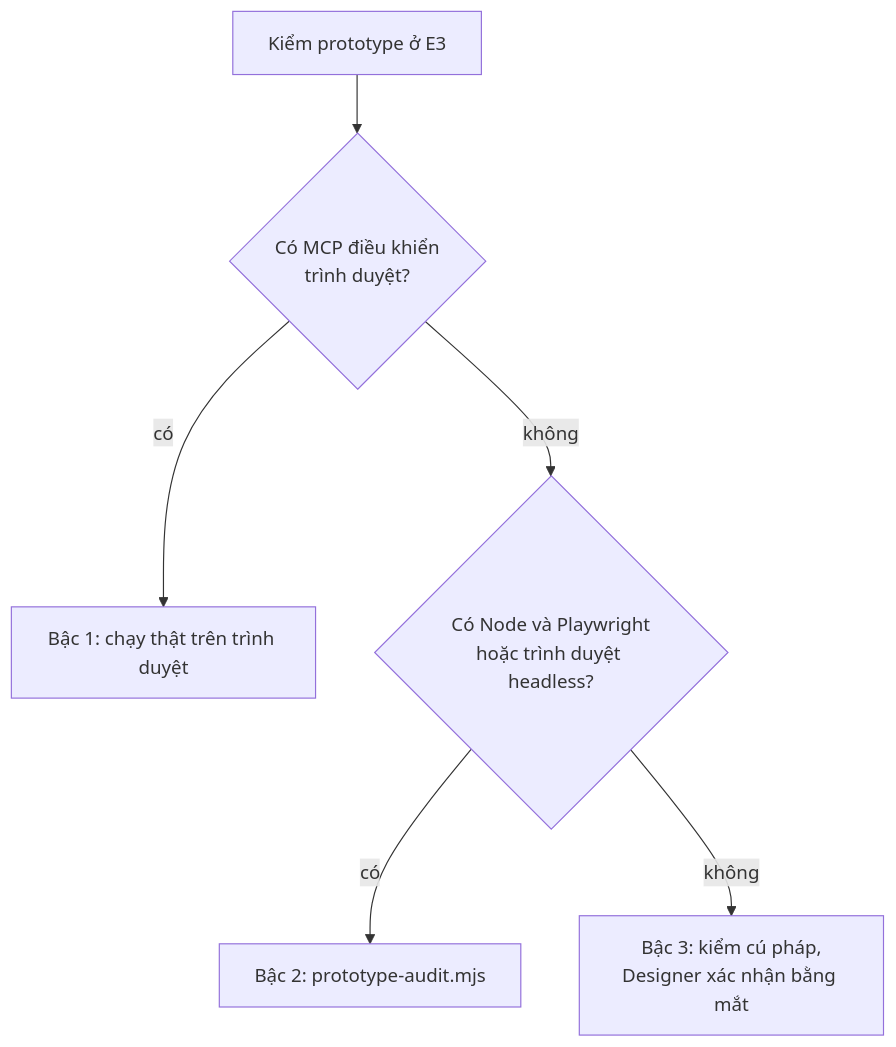
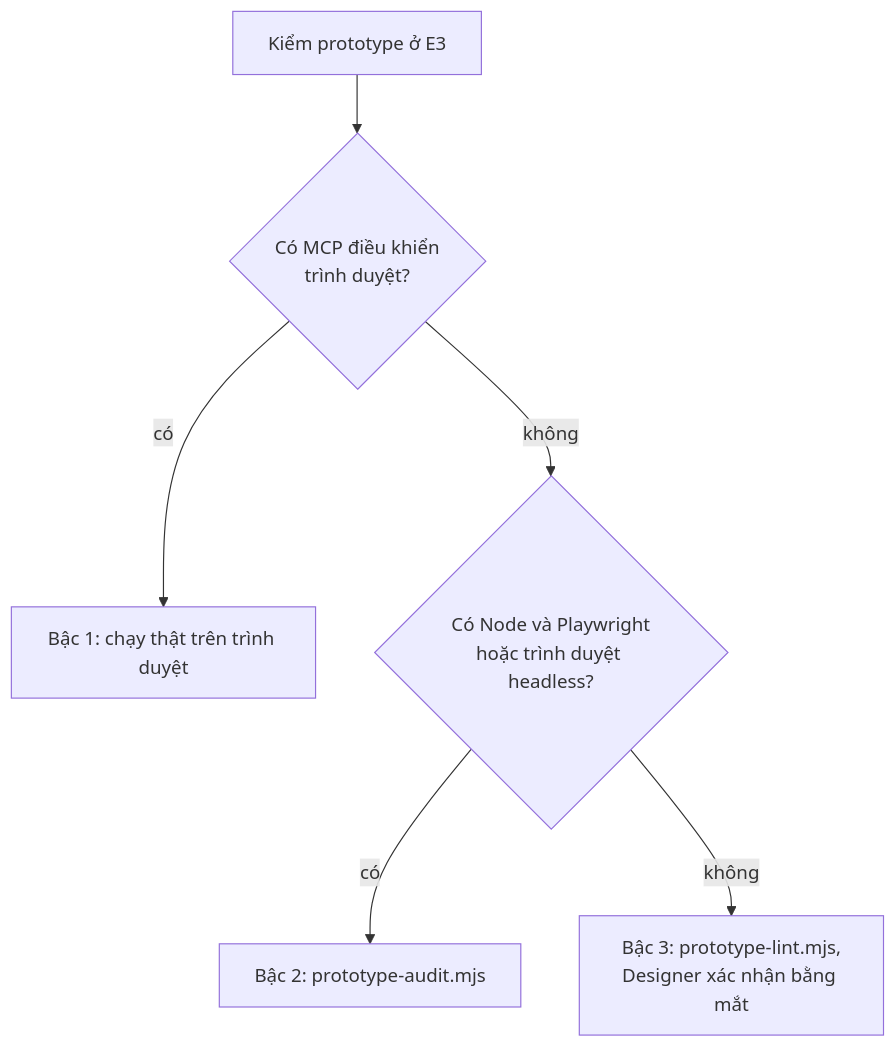
The seventh of 10 diagrams in README.md (buidhui/uiux_workflow), drawn with Mermaid before and after one commit. The commit also changed other lines of this file and 10 other files, not shown here.

First line of the commit message:
Chuẩn file prototype và script prototype-lint.mjs

````diff
--- a/README.md
+++ b/README.md
@@ -327,8 +327,8 @@
 ```mermaid
 flowchart TD
   S["Kiểm prototype ở E3"] --> Q1{"Có MCP điều khiển<br/>trình duyệt?"}
   Q1 -->|có| B1["Bậc 1: chạy thật trên trình duyệt"]
   Q1 -->|không| Q2{"Có Node và Playwright<br/>hoặc trình duyệt headless?"}
   Q2 -->|có| B2["Bậc 2: prototype-audit.mjs"]
-  Q2 -->|không| B3["Bậc 3: kiểm cú pháp,<br/>Designer xác nhận bằng mắt"]
+  Q2 -->|không| B3["Bậc 3: prototype-lint.mjs,<br/>Designer xác nhận bằng mắt"]
 ```
````
